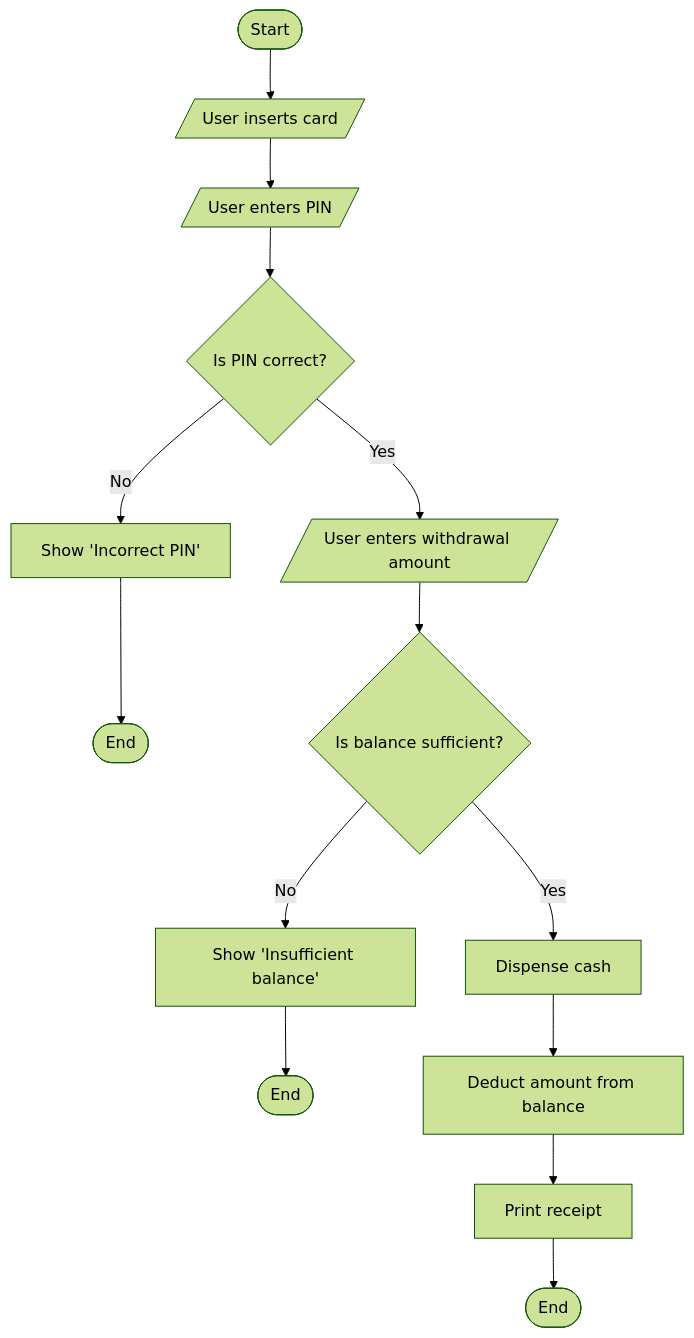
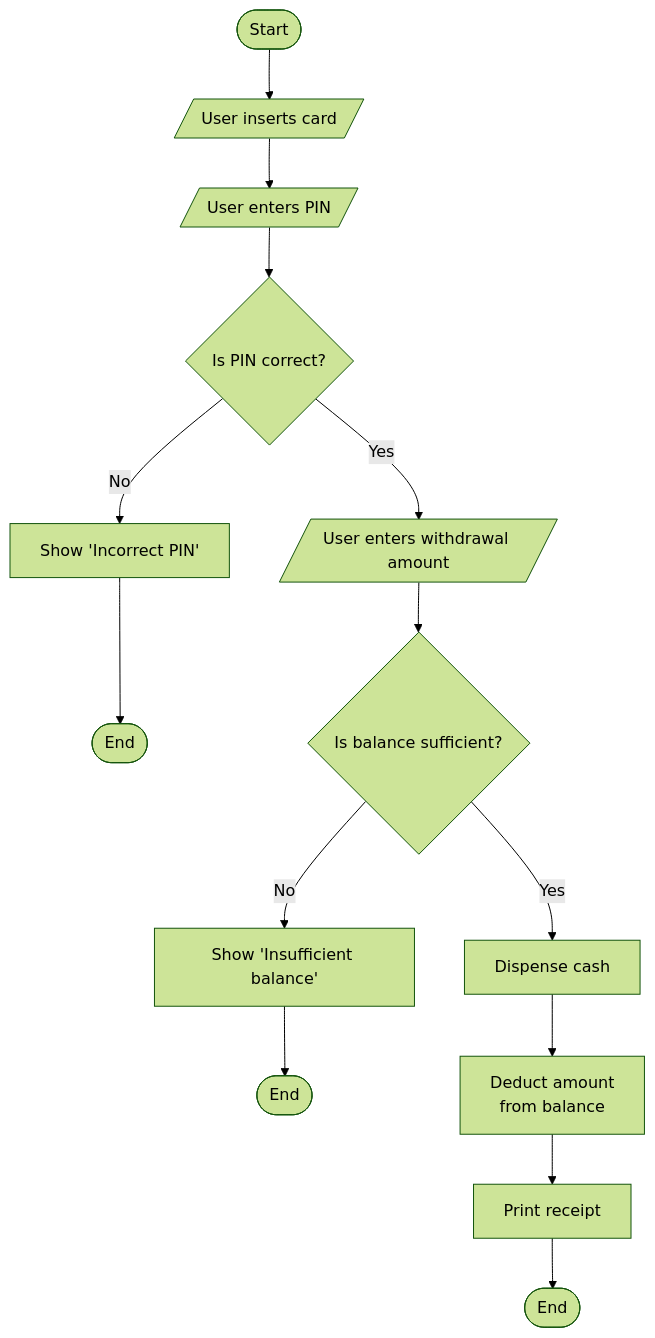
Before and after one commit to VishnuKumpati/Python-foundations: the diagram in modules/m1-computational-thinking/unit-m1-3-expressing-logic.md, drawn with Mermaid (forest theme).

Commit message:
Update flowchart to improve readability of deduction step

````diff
--- a/modules/m1-computational-thinking/unit-m1-3-expressing-logic.md
+++ b/modules/m1-computational-thinking/unit-m1-3-expressing-logic.md
@@ -75,16 +75,16 @@
 ```mermaid
 flowchart TD
     Start([Start]) --> Input0[/User inserts card/]
     Input0 --> Input1[/User enters PIN/]
     Input1 --> D1{Is PIN correct?}
     D1 -- "No" --> M1[Show 'Incorrect PIN']
     M1 --> End1([End])
     D1 -- Yes --> Input2[/User enters withdrawal amount/]
     Input2 --> D2{Is balance sufficient?}
     D2 -- No --> M2[Show 'Insufficient balance']
     M2 --> End2([End])
     D2 -- Yes --> P1[Dispense cash]
-    P1 --> P2[Deduct amount from balance]
+    P1 --> P2[Deduct amount \n from balance]
     P2 --> P3[Print receipt]
     P3 --> End3([End])
 ```
````
